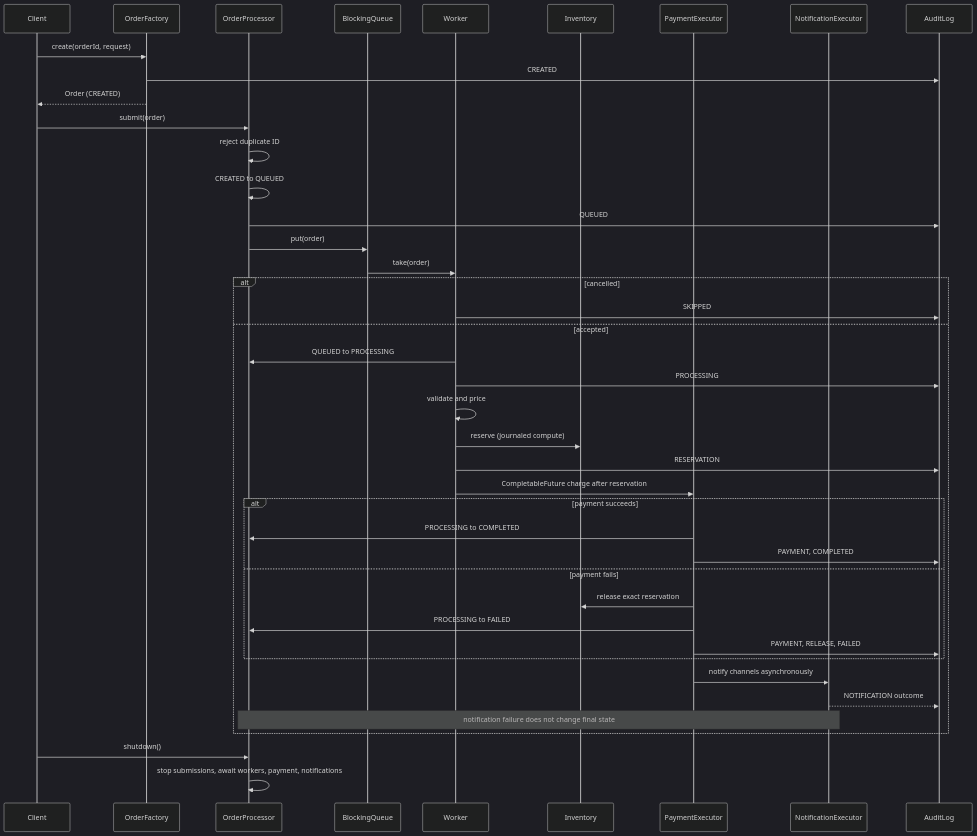
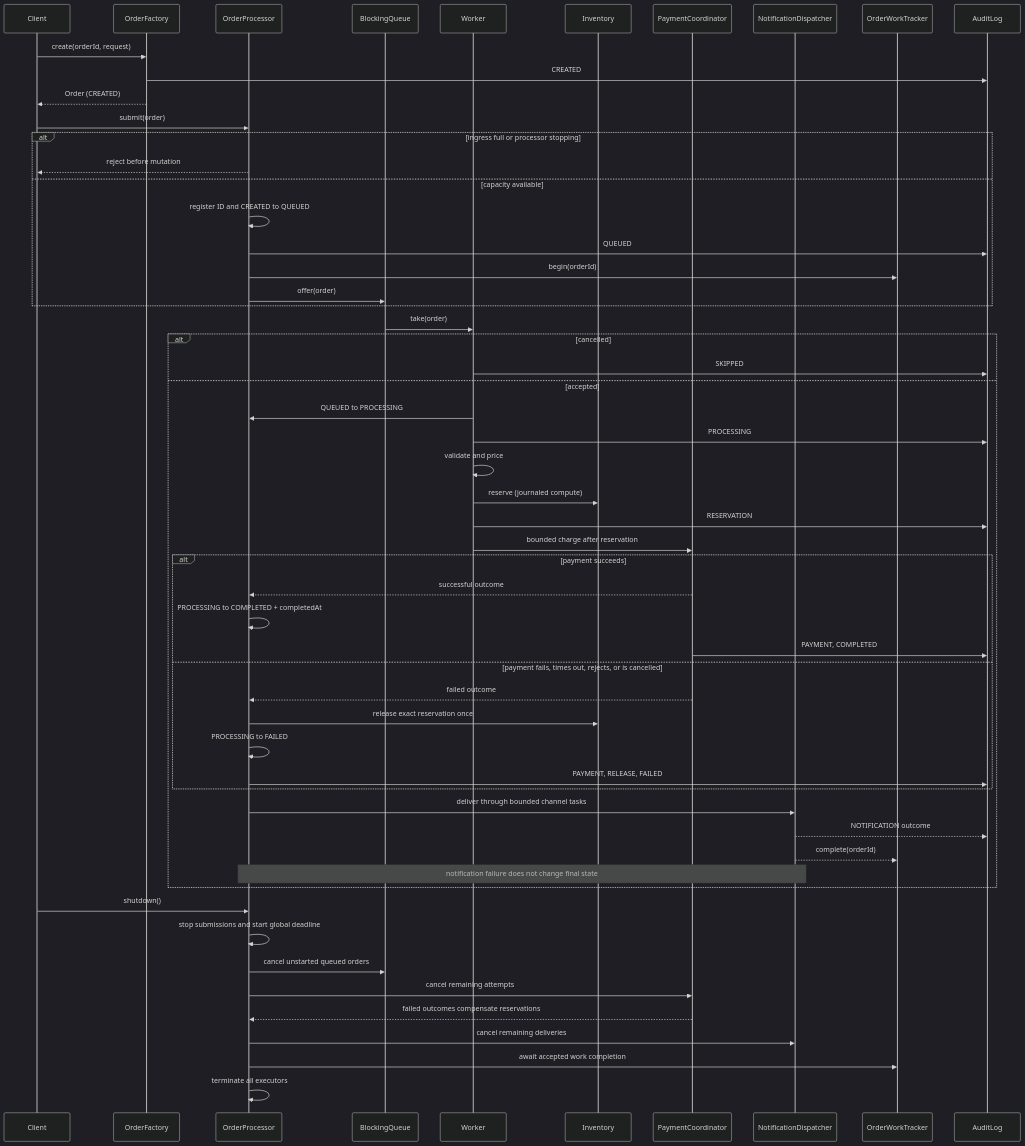
The diagram in docs/diagrams/orderflow-processing-sequence.md (Harsha-T-G/orderflow-poc), drawn with Mermaid (dark theme) before and after one commit. The commit also changed 53 other files, not shown here.

First line of the commit message:
Harden processing with bounded queues and cooperative shutdown.

````diff
--- a/docs/diagrams/orderflow-processing-sequence.md
+++ b/docs/diagrams/orderflow-processing-sequence.md
@@ -3,45 +3,59 @@
 ```mermaid
 sequenceDiagram
     participant Client
     participant Factory as OrderFactory
     participant Processor as OrderProcessor
     participant Queue as BlockingQueue
     participant Worker
     participant Inventory
-    participant Payment as PaymentExecutor
-    participant Notify as NotificationExecutor
+    participant Payment as PaymentCoordinator
+    participant Notify as NotificationDispatcher
+    participant Tracker as OrderWorkTracker
     participant Audit as AuditLog
 
     Client->>Factory: create(orderId, request)
     Factory->>Audit: CREATED
     Factory-->>Client: Order (CREATED)
     Client->>Processor: submit(order)
-    Processor->>Processor: reject duplicate ID
-    Processor->>Processor: CREATED to QUEUED
-    Processor->>Audit: QUEUED
-    Processor->>Queue: put(order)
+    alt ingress full or processor stopping
+        Processor-->>Client: reject before mutation
+    else capacity available
+        Processor->>Processor: register ID and CREATED to QUEUED
+        Processor->>Audit: QUEUED
+        Processor->>Tracker: begin(orderId)
+        Processor->>Queue: offer(order)
+    end
     Queue->>Worker: take(order)
     alt cancelled
         Worker->>Audit: SKIPPED
     else accepted
         Worker->>Processor: QUEUED to PROCESSING
         Worker->>Audit: PROCESSING
         Worker->>Worker: validate and price
         Worker->>Inventory: reserve (journaled compute)
         Worker->>Audit: RESERVATION
-        Worker->>Payment: CompletableFuture charge after reservation
+        Worker->>Payment: bounded charge after reservation
         alt payment succeeds
-            Payment->>Processor: PROCESSING to COMPLETED
+            Payment-->>Processor: successful outcome
+            Processor->>Processor: PROCESSING to COMPLETED + completedAt
             Payment->>Audit: PAYMENT, COMPLETED
-        else payment fails
-            Payment->>Inventory: release exact reservation
-            Payment->>Processor: PROCESSING to FAILED
-            Payment->>Audit: PAYMENT, RELEASE, FAILED
+        else payment fails, times out, rejects, or is cancelled
+            Payment-->>Processor: failed outcome
+            Processor->>Inventory: release exact reservation once
+            Processor->>Processor: PROCESSING to FAILED
+            Processor->>Audit: PAYMENT, RELEASE, FAILED
         end
-        Payment->>Notify: notify channels asynchronously
+        Processor->>Notify: deliver through bounded channel tasks
         Notify-->>Audit: NOTIFICATION outcome
+        Notify-->>Tracker: complete(orderId)
         Note over Notify,Processor: notification failure does not change final state
     end
     Client->>Processor: shutdown()
-    Processor->>Processor: stop submissions, await workers, payment, notifications
+    Processor->>Processor: stop submissions and start global deadline
+    Processor->>Queue: cancel unstarted queued orders
+    Processor->>Payment: cancel remaining attempts
+    Payment-->>Processor: failed outcomes compensate reservations
+    Processor->>Notify: cancel remaining deliveries
+    Processor->>Tracker: await accepted work completion
+    Processor->>Processor: terminate all executors
 ```
````
